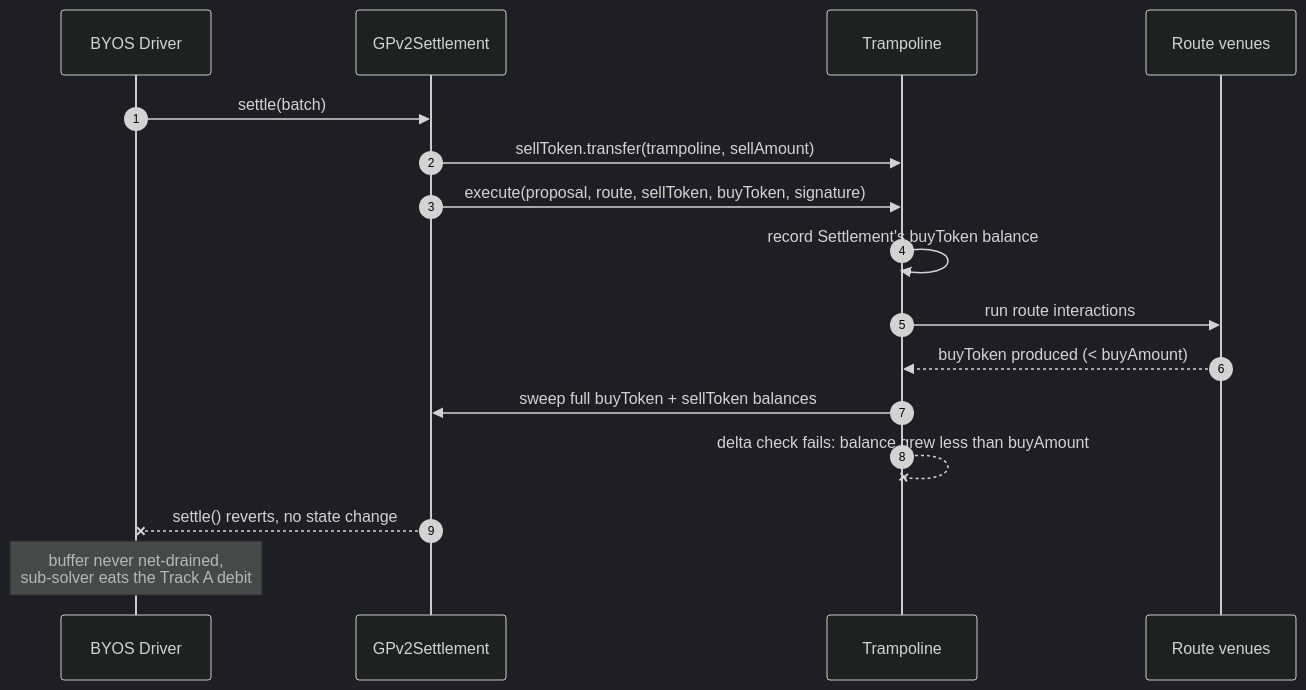
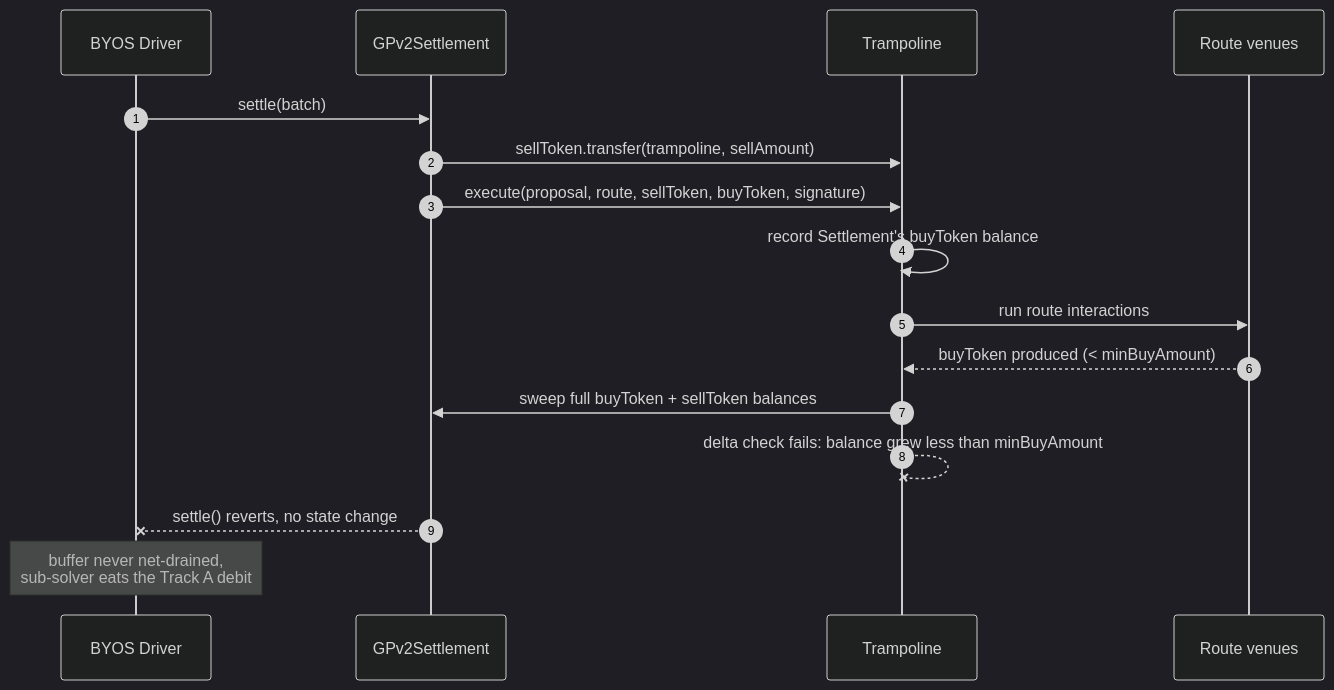
Before and after one commit to bleu/byos-docs: the second of 4 diagrams in design-document.md, drawn with Mermaid (dark theme). The commit also changed other lines of this file and 4 other files, not shown here.

First line of the commit message:
docs: replace buyAmount with minBuyAmount/maxBuyAmount split

````diff
--- a/design-document.md
+++ b/design-document.md
@@ -148,19 +148,19 @@
 ```mermaid
 sequenceDiagram
     autonumber
     participant D as BYOS Driver
     participant S as GPv2Settlement
     participant T as Trampoline
     participant R as Route venues
 
     D->>S: settle(batch)
     S->>T: sellToken.transfer(trampoline, sellAmount)
     S->>T: execute(proposal, route, sellToken, buyToken, signature)
     T->>T: record Settlement's buyToken balance
     T->>R: run route interactions
-    R-->>T: buyToken produced (< buyAmount)
+    R-->>T: buyToken produced (< minBuyAmount)
     T->>S: sweep full buyToken + sellToken balances
-    T--xT: delta check fails: balance grew less than buyAmount
+    T--xT: delta check fails: balance grew less than minBuyAmount
     S--xD: settle() reverts, no state change
     Note over D: buffer never net-drained,<br/>sub-solver eats the Track A debit
 ```
````
